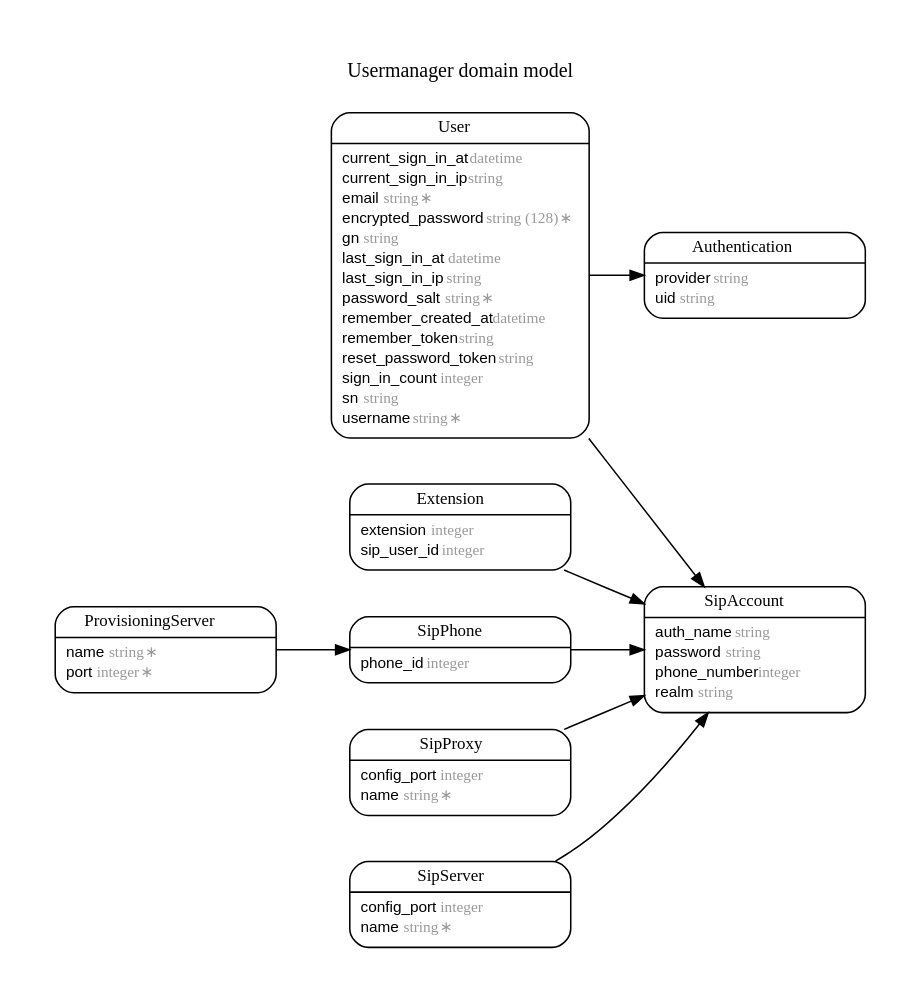
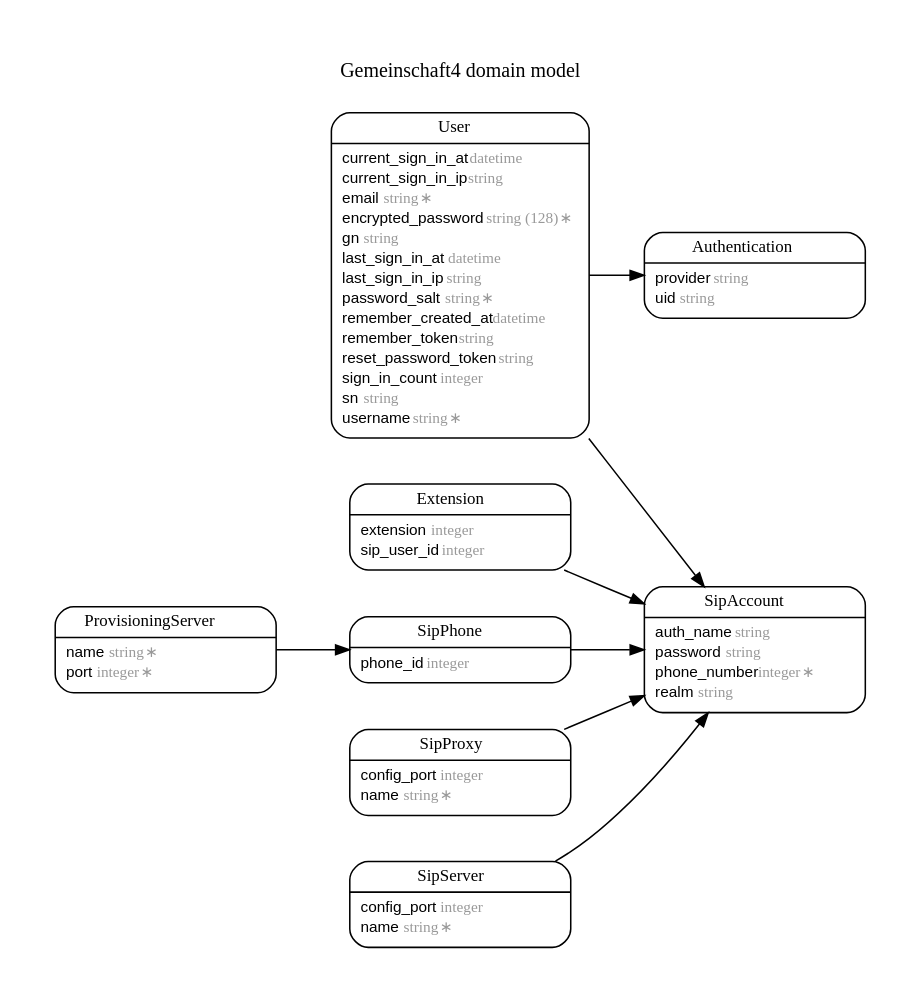
The diagram in ERD.dot (amooma/GS4), drawn with Graphviz before and after one commit.

Commit message:
./script/erd

```diff
--- a/ERD.dot
+++ b/ERD.dot
@@ -1,98 +1,98 @@
-digraph Usermanager {
+digraph Gemeinschaft4 {
   rankdir = "LR"; ranksep = "0.5"; nodesep = "0.4"; pad = "0.4,0.4"; margin = "0,0"; concentrate = "true"; labelloc = "t"; fontsize = "13"; fontname = "Arial Bold";
   node [shape = "Mrecord", fontsize = "10", fontname = "Arial", margin = "0.07,0.05", penwidth = "1.0"];
   edge [fontname = "Arial", fontsize = "7", dir = "both", arrowsize = "0.9", penwidth = "1.0", labelangle = "32", labeldistance = "1.8"];
-  label = "Usermanager domain model\n\n";
+  label = "Gemeinschaft4 domain model\n\n";
   Authentication [label = <<table border="0" align="center" cellspacing="0.5" cellpadding="0" width="134">
   <tr><td align="center" valign="bottom" width="130"><font face="Arial Bold" point-size="11">Authentication</font></td></tr>
 </table>
 |
 <table border="0" align="left" cellspacing="2" cellpadding="0" width="134">
   <tr><td align="left" width="130" port="provider">provider <font face="Arial Italic" color="grey60">string</font></td></tr>
   <tr><td align="left" width="130" port="uid">uid <font face="Arial Italic" color="grey60">string</font></td></tr>
 </table>
 >];
   Extension [label = <<table border="0" align="center" cellspacing="0.5" cellpadding="0" width="134">
   <tr><td align="center" valign="bottom" width="130"><font face="Arial Bold" point-size="11">Extension</font></td></tr>
 </table>
 |
 <table border="0" align="left" cellspacing="2" cellpadding="0" width="134">
   <tr><td align="left" width="130" port="extension">extension <font face="Arial Italic" color="grey60">integer</font></td></tr>
   <tr><td align="left" width="130" port="sip_user_id">sip_user_id <font face="Arial Italic" color="grey60">integer</font></td></tr>
 </table>
 >];
   ProvisioningServer [label = <<table border="0" align="center" cellspacing="0.5" cellpadding="0" width="134">
   <tr><td align="center" valign="bottom" width="130"><font face="Arial Bold" point-size="11">ProvisioningServer</font></td></tr>
 </table>
 |
 <table border="0" align="left" cellspacing="2" cellpadding="0" width="134">
   <tr><td align="left" width="130" port="name">name <font face="Arial Italic" color="grey60">string ∗</font></td></tr>
   <tr><td align="left" width="130" port="port">port <font face="Arial Italic" color="grey60">integer ∗</font></td></tr>
 </table>
 >];
   SipAccount [label = <<table border="0" align="center" cellspacing="0.5" cellpadding="0" width="134">
   <tr><td align="center" valign="bottom" width="130"><font face="Arial Bold" point-size="11">SipAccount</font></td></tr>
 </table>
 |
 <table border="0" align="left" cellspacing="2" cellpadding="0" width="134">
   <tr><td align="left" width="130" port="auth_name">auth_name <font face="Arial Italic" color="grey60">string</font></td></tr>
   <tr><td align="left" width="130" port="password">password <font face="Arial Italic" color="grey60">string</font></td></tr>
-  <tr><td align="left" width="130" port="phone_number">phone_number <font face="Arial Italic" color="grey60">integer</font></td></tr>
+  <tr><td align="left" width="130" port="phone_number">phone_number <font face="Arial Italic" color="grey60">integer ∗</font></td></tr>
   <tr><td align="left" width="130" port="realm">realm <font face="Arial Italic" color="grey60">string</font></td></tr>
 </table>
 >];
   SipPhone [label = <<table border="0" align="center" cellspacing="0.5" cellpadding="0" width="134">
   <tr><td align="center" valign="bottom" width="130"><font face="Arial Bold" point-size="11">SipPhone</font></td></tr>
 </table>
 |
 <table border="0" align="left" cellspacing="2" cellpadding="0" width="134">
   <tr><td align="left" width="130" port="phone_id">phone_id <font face="Arial Italic" color="grey60">integer</font></td></tr>
 </table>
 >];
   SipProxy [label = <<table border="0" align="center" cellspacing="0.5" cellpadding="0" width="134">
   <tr><td align="center" valign="bottom" width="130"><font face="Arial Bold" point-size="11">SipProxy</font></td></tr>
 </table>
 |
 <table border="0" align="left" cellspacing="2" cellpadding="0" width="134">
   <tr><td align="left" width="130" port="config_port">config_port <font face="Arial Italic" color="grey60">integer</font></td></tr>
   <tr><td align="left" width="130" port="name">name <font face="Arial Italic" color="grey60">string ∗</font></td></tr>
 </table>
 >];
   SipServer [label = <<table border="0" align="center" cellspacing="0.5" cellpadding="0" width="134">
   <tr><td align="center" valign="bottom" width="130"><font face="Arial Bold" point-size="11">SipServer</font></td></tr>
 </table>
 |
 <table border="0" align="left" cellspacing="2" cellpadding="0" width="134">
   <tr><td align="left" width="130" port="config_port">config_port <font face="Arial Italic" color="grey60">integer</font></td></tr>
   <tr><td align="left" width="130" port="name">name <font face="Arial Italic" color="grey60">string ∗</font></td></tr>
 </table>
 >];
   User [label = <<table border="0" align="center" cellspacing="0.5" cellpadding="0" width="134">
   <tr><td align="center" valign="bottom" width="130"><font face="Arial Bold" point-size="11">User</font></td></tr>
 </table>
 |
 <table border="0" align="left" cellspacing="2" cellpadding="0" width="134">
   <tr><td align="left" width="130" port="current_sign_in_at">current_sign_in_at <font face="Arial Italic" color="grey60">datetime</font></td></tr>
   <tr><td align="left" width="130" port="current_sign_in_ip">current_sign_in_ip <font face="Arial Italic" color="grey60">string</font></td></tr>
   <tr><td align="left" width="130" port="email">email <font face="Arial Italic" color="grey60">string ∗</font></td></tr>
   <tr><td align="left" width="130" port="encrypted_password">encrypted_password <font face="Arial Italic" color="grey60">string (128) ∗</font></td></tr>
   <tr><td align="left" width="130" port="gn">gn <font face="Arial Italic" color="grey60">string</font></td></tr>
   <tr><td align="left" width="130" port="last_sign_in_at">last_sign_in_at <font face="Arial Italic" color="grey60">datetime</font></td></tr>
   <tr><td align="left" width="130" port="last_sign_in_ip">last_sign_in_ip <font face="Arial Italic" color="grey60">string</font></td></tr>
   <tr><td align="left" width="130" port="password_salt">password_salt <font face="Arial Italic" color="grey60">string ∗</font></td></tr>
   <tr><td align="left" width="130" port="remember_created_at">remember_created_at <font face="Arial Italic" color="grey60">datetime</font></td></tr>
   <tr><td align="left" width="130" port="remember_token">remember_token <font face="Arial Italic" color="grey60">string</font></td></tr>
   <tr><td align="left" width="130" port="reset_password_token">reset_password_token <font face="Arial Italic" color="grey60">string</font></td></tr>
   <tr><td align="left" width="130" port="sign_in_count">sign_in_count <font face="Arial Italic" color="grey60">integer</font></td></tr>
   <tr><td align="left" width="130" port="sn">sn <font face="Arial Italic" color="grey60">string</font></td></tr>
   <tr><td align="left" width="130" port="username">username <font face="Arial Italic" color="grey60">string ∗</font></td></tr>
 </table>
 >];
   User -> Authentication [arrowhead = "normal", arrowtail = "none", weight = "2"]
   User -> SipAccount [arrowhead = "normal", arrowtail = "none", weight = "2"]
   Extension -> SipAccount [arrowhead = "normal", arrowtail = "none", weight = "2"]
   ProvisioningServer -> SipPhone [arrowhead = "normal", arrowtail = "none", weight = "2"]
   SipServer -> SipAccount [arrowhead = "normal", arrowtail = "none", weight = "2"]
   SipProxy -> SipAccount [arrowhead = "normal", arrowtail = "none", weight = "2"]
   SipPhone -> SipAccount [arrowhead = "normal", arrowtail = "none", weight = "2"]
 }
```
